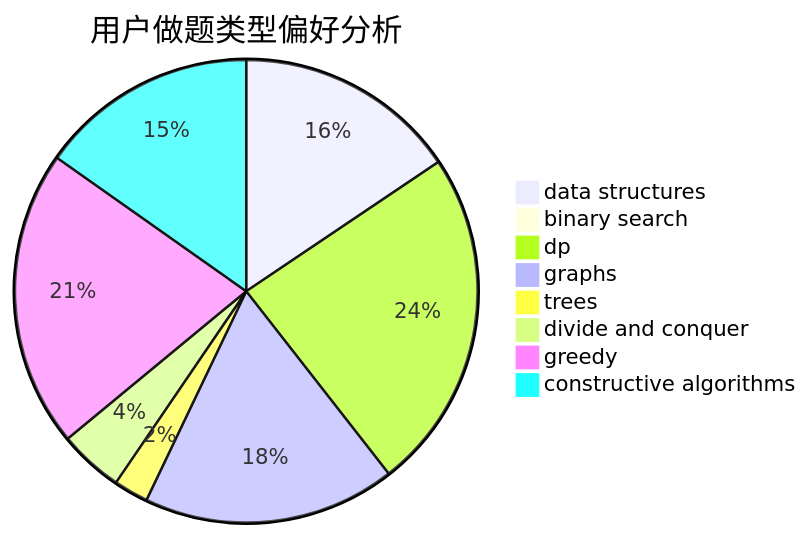
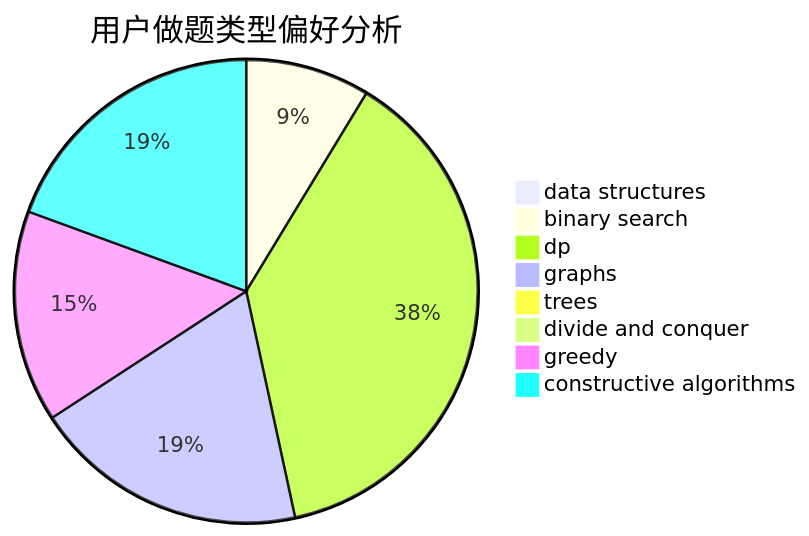
One commit to sherpahu/cfrs.github.io changed the second of 3 diagrams in docs/user/u1144.md. Above: the diagram before and after it, drawn with Mermaid. The commit also changed other lines of this file and 2770 other files, not shown here.

````diff
--- a/docs/user/u1144.md
+++ b/docs/user/u1144.md
@@ -23,11 +23,11 @@
 ```mermaid
 pie title 用户做题类型偏好分析
-    "data structures" :  45
-    "binary search" :  0
-    "dp" :  69
-    "graphs" :  51
-    "trees" :  7
-    "divide and conquer" :  13
-    "greedy" :  60
-    "constructive algorithms" :  44
+    "data structures" :  7
+    "binary search" :  114
+    "dp" :  498
+    "graphs" :  252
+    "trees" :  4
+    "divide and conquer" :  0
+    "greedy" :  194
+    "constructive algorithms" :  255
 ```
````
